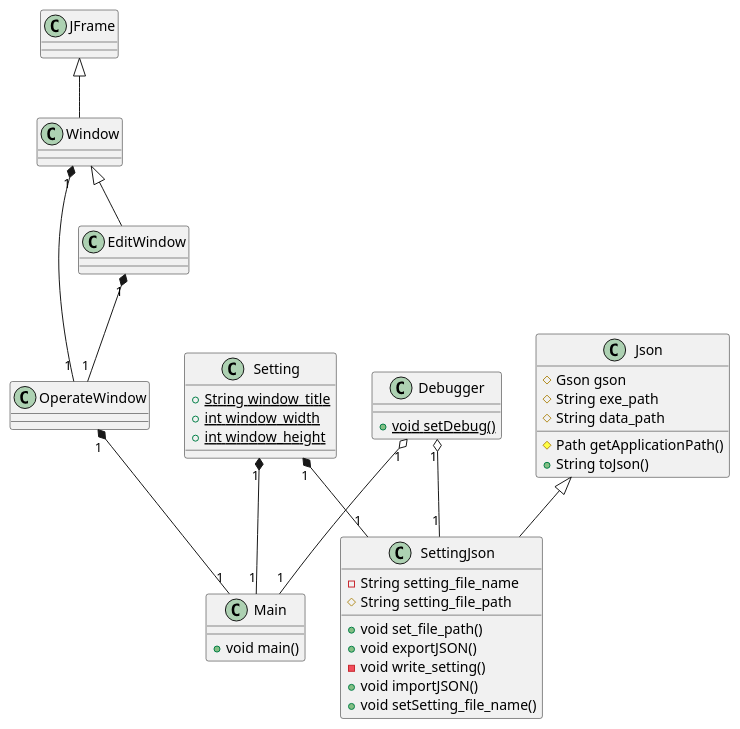
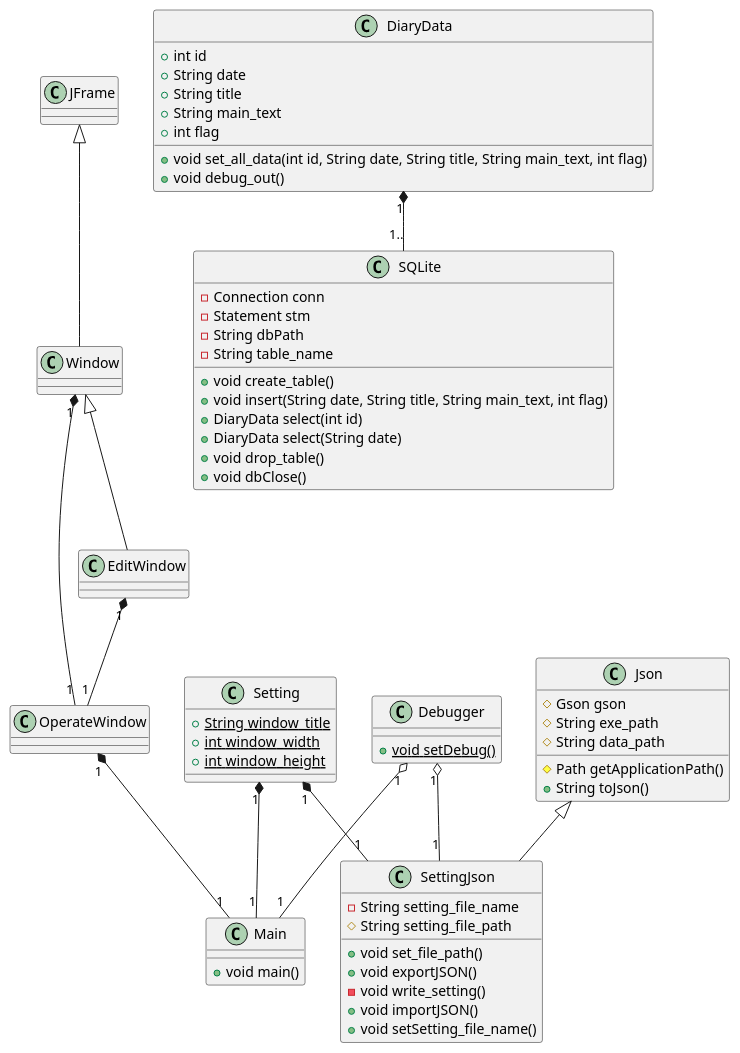
One commit to parsecmonkey/diary changed the diagram in UML/class.pu. Above: the diagram before and after it, drawn with PlantUML. The commit also changed 1 other file, not shown here.

Commit message:
SQL操作クラス図追加

```diff
--- a/UML/class.pu
+++ b/UML/class.pu
@@ -1,59 +1,87 @@
 @startuml
 ' クラス定義
 class Main {
     + void main()
 }
 
 class JFrame{
 }
 
 class Window {
 }
 
 class EditWindow {
 }
 
 class OperateWindow {
 }
 
 class Json {
     # Gson gson
     # String exe_path
     # String data_path
     # Path getApplicationPath()
     + String toJson()
 }
 
 class Setting {
     {static}+ String window_title
     {static}+ int window_width
     {static}+ int window_height
 }
 
 class SettingJson {    
     - String setting_file_name
     # String setting_file_path
     + void set_file_path()
     + void exportJSON()
     - void write_setting()
     + void importJSON()
     + void setSetting_file_name()
 }
 
 class Debugger{
     {static}+ void setDebug()
 }
 
+' DB関連
+
+class SQLite{
+    - Connection conn
+    - Statement stm
+    - String dbPath
+    - String table_name
+    
+    + void create_table() 
+    + void insert(String date, String title, String main_text, int flag)
+    + DiaryData select(int id)
+    + DiaryData select(String date)
+    + void drop_table()
+    + void dbClose()
+}
+
+class DiaryData{
+    + int id
+    + String date
+    + String title
+    + String main_text
+    + int flag
+
+    + void set_all_data(int id, String date, String title, String main_text, int flag)
+    + void debug_out()
+}
+
 ' 関係
 ' Json <|-- SettingJson : 継承
 Json <|-- SettingJson
 JFrame <|-- Window
 Window "1" *-- "1" OperateWindow
 Window <|-- EditWindow
 EditWindow "1" *-- "1" OperateWindow
 OperateWindow "1" *-- "1" Main
 Setting "1" *-- "1" SettingJson
 Setting "1" *-- "1" Main
 Debugger "1" o-- "1" Main
 Debugger "1" o-- "1" SettingJson
+DiaryData "1" *-- "1.." SQLite
 @enduml
```
